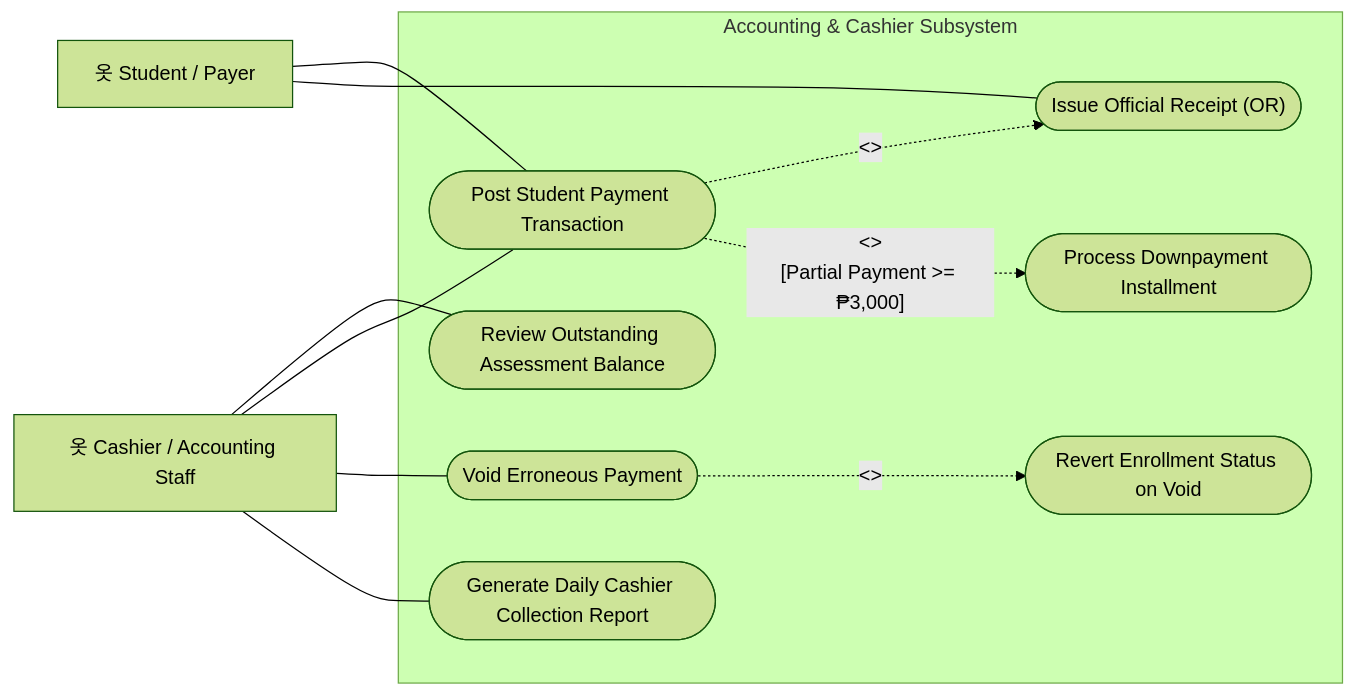
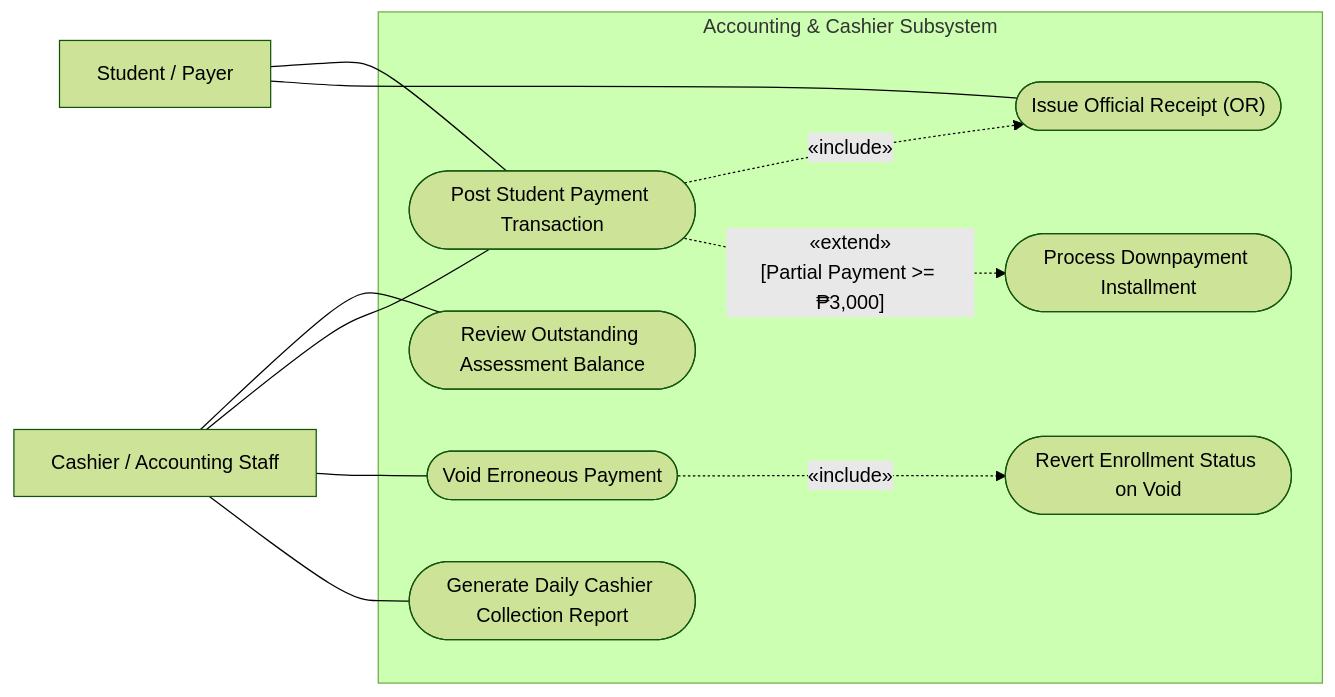
The tenth of 17 diagrams in Documentation/Use-Case-Diagram-Guide.md (kirbygeagonia-create/EnrollmentManagementSystem), drawn with Mermaid (forest theme) before and after one commit. The commit also changed other lines of this file and 51 other files, not shown here.

````diff
--- a/Documentation/Use-Case-Diagram-Guide.md
+++ b/Documentation/Use-Case-Diagram-Guide.md
@@ -492,27 +494,27 @@
 ```mermaid
 flowchart LR
-    A_Acc["옷 Cashier / Accounting Staff"]
-    A_Stud["옷 Student / Payer"]
+    A_Acc["Cashier / Accounting Staff"]
+    A_Stud["Student / Payer"]
 
     subgraph SYSTEM ["Accounting & Cashier Subsystem"]
         UC_AC01(["Review Outstanding Assessment Balance"])
         UC_AC02(["Post Student Payment Transaction"])
         UC_AC03(["Issue Official Receipt (OR)"])
         UC_AC04(["Process Downpayment Installment"])
         UC_AC05(["Void Erroneous Payment"])
         UC_AC06(["Revert Enrollment Status on Void"])
         UC_AC07(["Generate Daily Cashier Collection Report"])
     end
 
     A_Acc --- UC_AC01
     A_Acc --- UC_AC02
     A_Acc --- UC_AC05
     A_Acc --- UC_AC07
 
     A_Stud --- UC_AC02
     A_Stud --- UC_AC03
 
-    UC_AC02 -.->|"<<include>>"| UC_AC03
-    UC_AC02 -.->|"<<extend>>\n[Partial Payment >= ₱3,000]"| UC_AC04
-    UC_AC05 -.->|"<<include>>"| UC_AC06
+    UC_AC02 -.->|"«include»"| UC_AC03
+    UC_AC02 -.->|"«extend»\n[Partial Payment >= ₱3,000]"| UC_AC04
+    UC_AC05 -.->|"«include»"| UC_AC06
 ```
````
